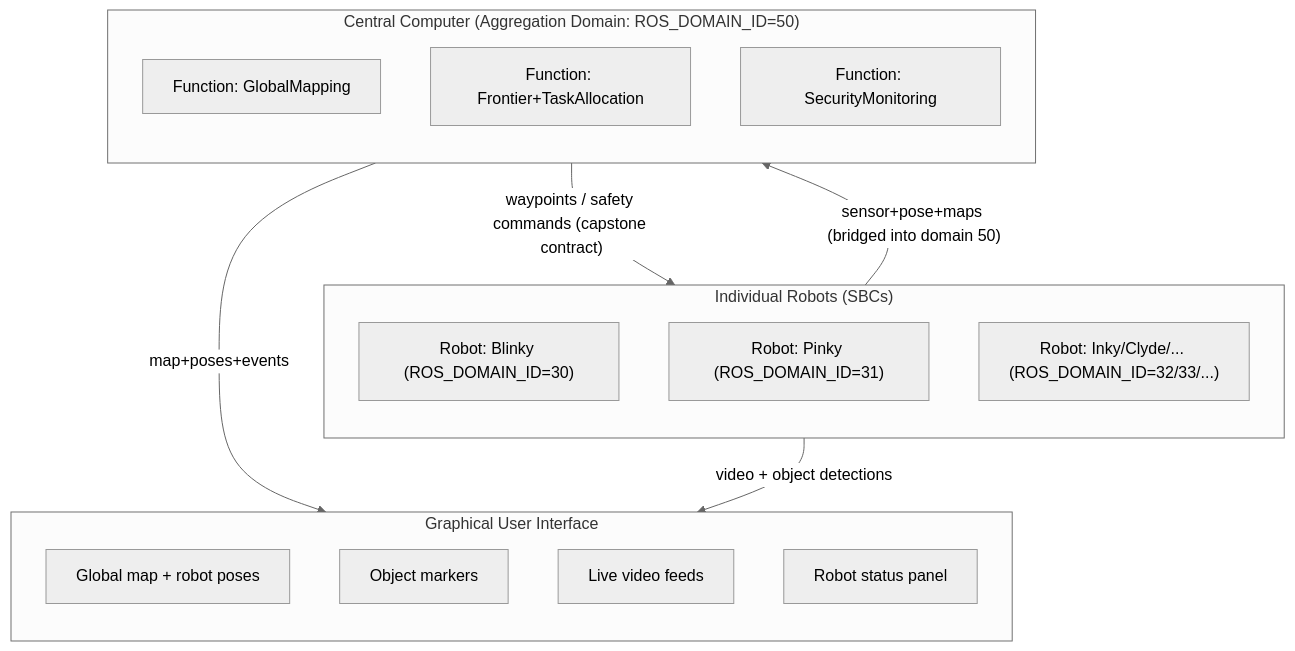
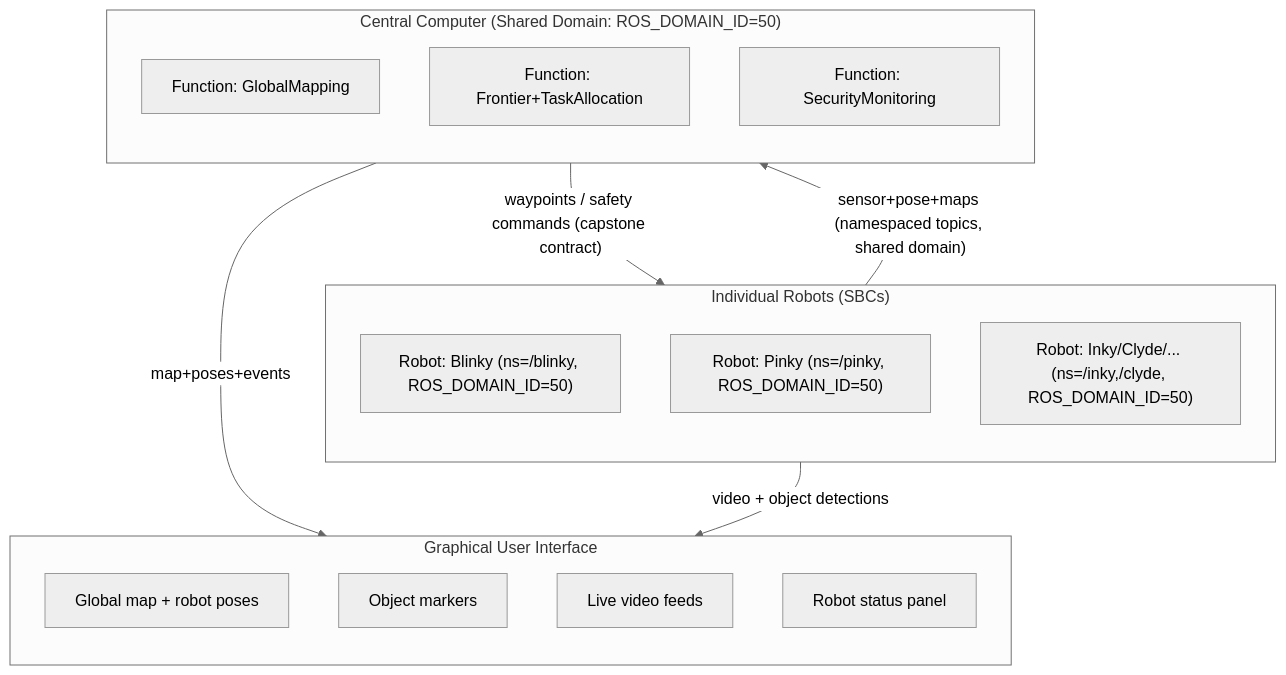
Before and after one commit to SleepyFinale/ans-central-computer: the second of 7 diagrams in docs/architecture.md, drawn with Mermaid (neutral theme). The commit also changed other lines of this file and 12 other files, not shown here.

````diff
--- a/docs/architecture.md
+++ b/docs/architecture.md
@@ -49,29 +49,29 @@
 ```mermaid
 flowchart TB
   subgraph Robots["Individual Robots (SBCs)"]
     direction TB
-    r1["Robot: Blinky (ROS_DOMAIN_ID=30)"]
-    r2["Robot: Pinky (ROS_DOMAIN_ID=31)"]
-    rN["Robot: Inky/Clyde/... (ROS_DOMAIN_ID=32/33/...)"]
+    r1["Robot: Blinky (ns=/blinky, ROS_DOMAIN_ID=50)"]
+    r2["Robot: Pinky (ns=/pinky, ROS_DOMAIN_ID=50)"]
+    rN["Robot: Inky/Clyde/... (ns=/inky,/clyde, ROS_DOMAIN_ID=50)"]
   end
 
-  subgraph Central["Central Computer (Aggregation Domain: ROS_DOMAIN_ID=50)"]
+  subgraph Central["Central Computer (Shared Domain: ROS_DOMAIN_ID=50)"]
     direction TB
     centralMapping["Function: GlobalMapping"]
     centralTasking["Function: Frontier+TaskAllocation"]
     centralSecurity["Function: SecurityMonitoring"]
   end
 
   subgraph GUI["Graphical User Interface"]
     direction TB
     guiMap["Global map + robot poses"]
     guiObjects["Object markers"]
     guiVideo["Live video feeds"]
     guiStatus["Robot status panel"]
   end
 
-  Robots -->|"sensor+pose+maps (bridged into domain 50)"| Central
+  Robots -->|"sensor+pose+maps (namespaced topics, shared domain)"| Central
   Central -->|"waypoints / safety commands (capstone contract)"| Robots
   Central -->|"map+poses+events"| GUI
   Robots -->|"video + object detections"| GUI
 ```
````
